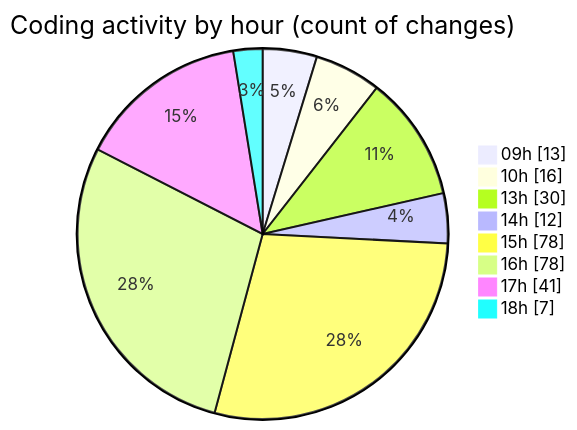
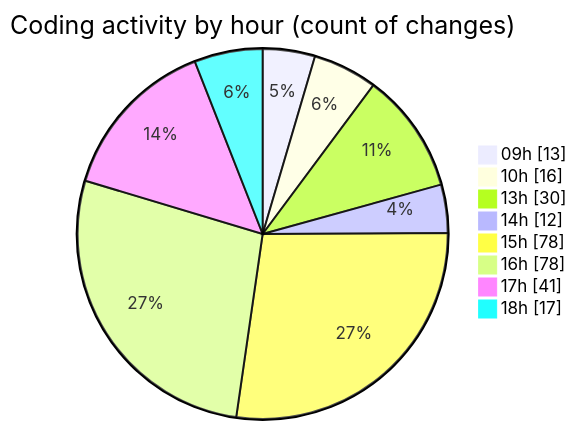
One commit to momahboobian/code-tracking changed the second of 2 diagrams in 2025-03-31/cda/README.md. Above: the diagram before and after it, drawn with Mermaid. The commit also changed other lines of this file and 1 other file, not shown here.

````diff
--- a/2025-03-31/cda/README.md
+++ b/2025-03-31/cda/README.md
@@ -50,12 +50,12 @@
 ```mermaid
 pie showData
 title Coding activity by hour (count of changes)
 "09h" : 13
 "10h" : 16
 "13h" : 30
 "14h" : 12
 "15h" : 78
 "16h" : 78
 "17h" : 41
-"18h" : 7
+"18h" : 17
 ```
````
